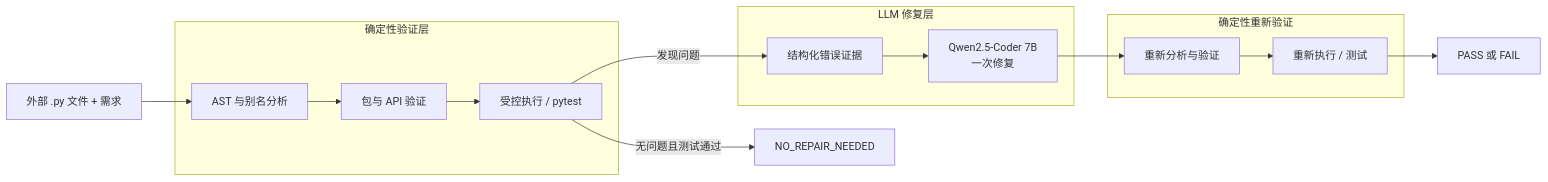
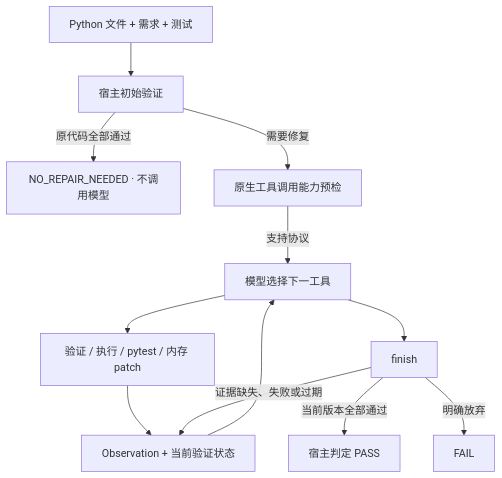
Before and after one commit to tTko99/dependency-aware-codegen: the diagram in README_CN.md, drawn with Mermaid. The commit also changed other lines of this file and 273 other files, not shown here.

Commit message:
feat(agent): implement validated observation-driven repair loop

````diff
--- a/README_CN.md
+++ b/README_CN.md
@@ -21,25 +11,14 @@
 ```mermaid
-flowchart LR
-    A[外部 .py 文件 + 需求]
-
-    subgraph V1[确定性验证层]
-        B[AST 与别名分析]
-        C[包与 API 验证]
-        D[受控执行 / pytest]
-    end
-
-    subgraph L[LLM 修复层]
-        E[结构化错误证据]
-        F[Qwen2.5-Coder 7B<br/>一次修复]
-    end
-
-    subgraph V2[确定性重新验证]
-        G[重新分析与验证]
-        H[重新执行 / 测试]
-    end
-
-    A --> B --> C --> D
-    D -- 无问题且测试通过 --> I[NO_REPAIR_NEEDED]
-    D -- 发现问题 --> E --> F --> G --> H
-    H --> J[PASS 或 FAIL]
+flowchart TD
+    A[Python 文件 + 需求 + 测试] --> B[宿主初始验证]
+    B -- 原代码全部通过 --> C[NO_REPAIR_NEEDED · 不调用模型]
+    B -- 需要修复 --> D[原生工具调用能力预检]
+    D -- 支持协议 --> E[模型选择下一工具]
+    E --> F[验证 / 执行 / pytest / 内存 patch]
+    F --> G[Observation + 当前验证状态]
+    G --> E
+    E --> H[finish]
+    H -- 证据缺失、失败或过期 --> G
+    H -- 当前版本全部通过 --> I[宿主判定 PASS]
+    H -- 明确放弃 --> J[FAIL]
 ```
````
